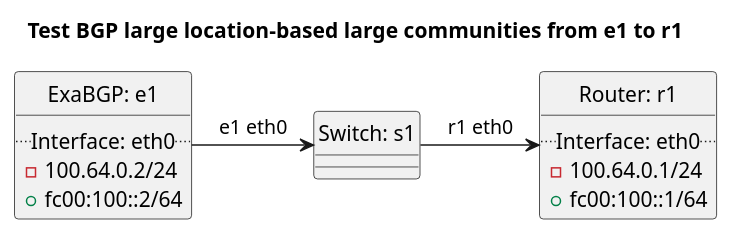
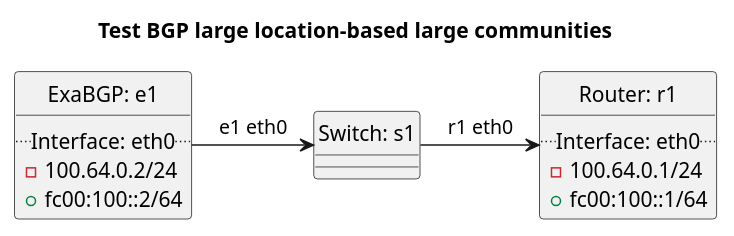
Before and after one commit to oscdev-io/birdplan: the diagram in tests/t40_bgp/t52_location_large_communities/README.md, drawn with PlantUML. The commit also changed other lines of this file and 1499 other files, not shown here.

````diff
--- a/tests/t40_bgp/t52_location_large_communities/README.md
+++ b/tests/t40_bgp/t52_location_large_communities/README.md
@@ -17,27 +14,27 @@
 ```plantuml
 @startuml
 hide circle
-title Test BGP large location-based large communities from e1 to r1
+title Test BGP large location-based large communities
 
 
 class "Router: r1" {
   .. Interface: eth0 ..
 - 100.64.0.1/24
 + fc00:100::1/64
 }
 
 
 class "ExaBGP: e1" {
   .. Interface: eth0 ..
 - 100.64.0.2/24
 + fc00:100::2/64
 }
 
 
 class "Switch: s1" {}
 
 "ExaBGP: e1" -> "Switch: s1": e1 eth0
 "Switch: s1" -> "Router: r1": r1 eth0
 
 @enduml
 ```
````
